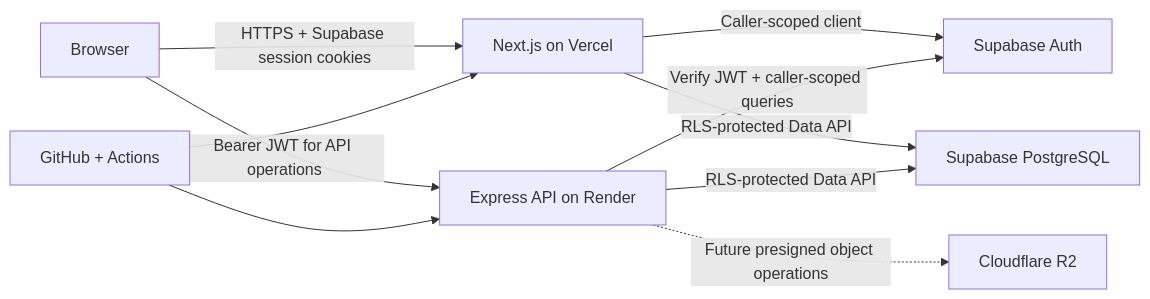
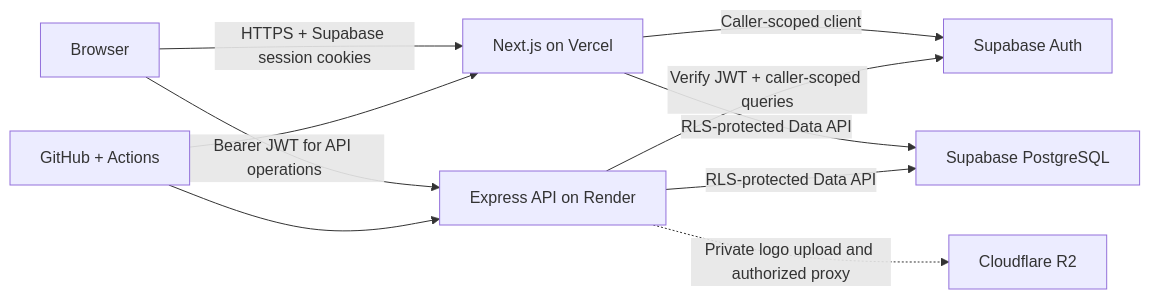
The diagram in README.md (Tharun2109SM/Nexora), drawn with Mermaid before and after one commit. The commit also changed other lines of this file and 35 other files, not shown here.

````diff
--- a/README.md
+++ b/README.md
@@ -31,12 +33,12 @@
 ```mermaid
 flowchart LR
   Browser["Browser"] -->|HTTPS + Supabase session cookies| Web["Next.js on Vercel"]
   Browser -->|Bearer JWT for API operations| API["Express API on Render"]
   Web -->|Caller-scoped client| Auth["Supabase Auth"]
   Web -->|RLS-protected Data API| DB["Supabase PostgreSQL"]
   API -->|Verify JWT + caller-scoped queries| Auth
   API -->|RLS-protected Data API| DB
-  API -.->|Future presigned object operations| R2["Cloudflare R2"]
+  API -.->|Private logo upload and authorized proxy| R2["Cloudflare R2"]
   GitHub["GitHub + Actions"] --> Web
   GitHub --> API
 ```
````
